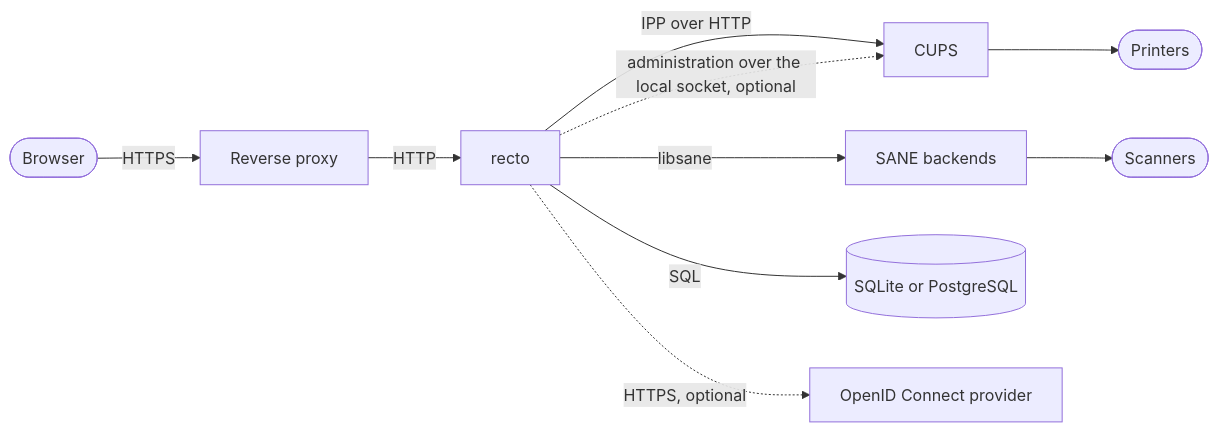
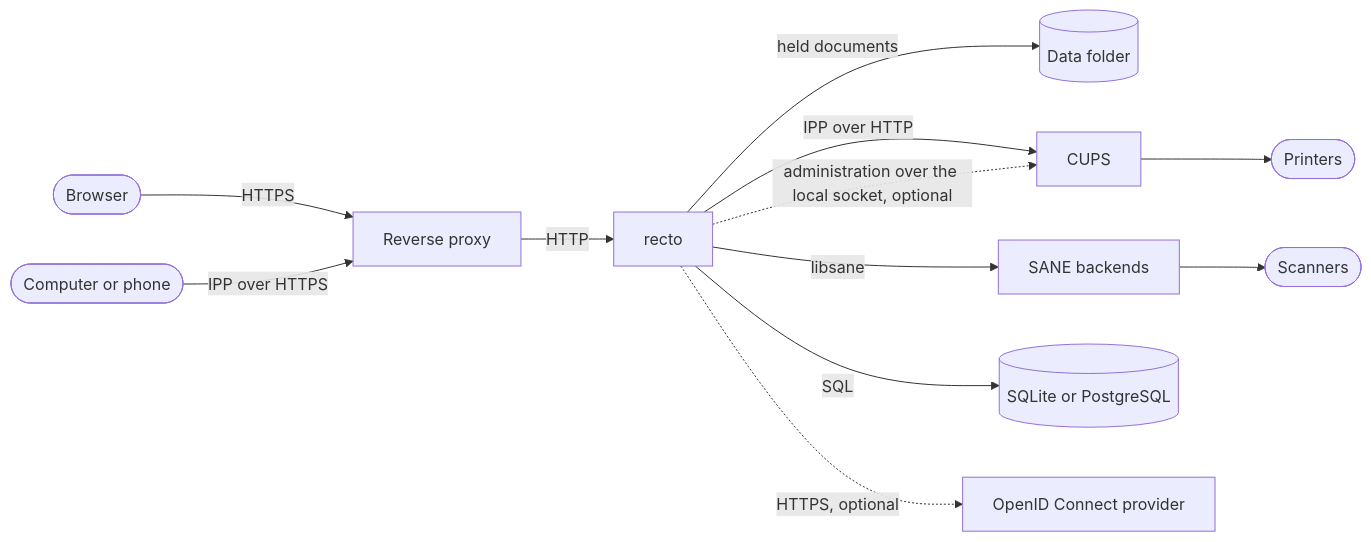
Before and after one commit to AlixANNERAUD/recto: the diagram in docs/src/explanation/architecture.md, drawn with Mermaid. The commit also changed other lines of this file and 34 other files, not shown here.

````diff
--- a/docs/src/explanation/architecture.md
+++ b/docs/src/explanation/architecture.md
@@ -7,10 +7,12 @@
 ```mermaid
 flowchart LR
     browser([Browser]) -- HTTPS --> proxy[Reverse proxy]
+    device([Computer or phone]) -- IPP over HTTPS --> proxy
     proxy -- HTTP --> recto[recto]
+    recto -- held documents --> data[(Data folder)]
     recto -- IPP over HTTP --> cups[CUPS] --> printers([Printers])
     recto -. administration over the local socket, optional .-> cups
     recto -- libsane --> sane[SANE backends] --> scanners([Scanners])
     recto -- SQL --> database[(SQLite or PostgreSQL)]
     recto -. HTTPS, optional .-> provider[OpenID Connect provider]
 ```
````
